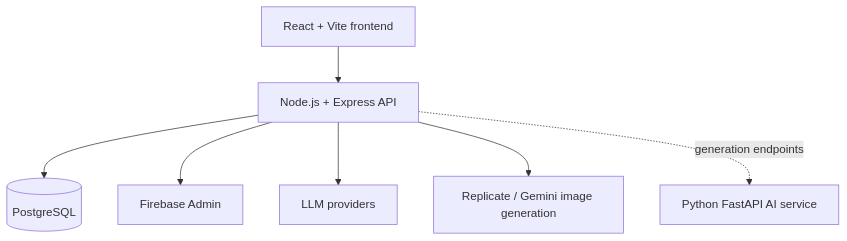
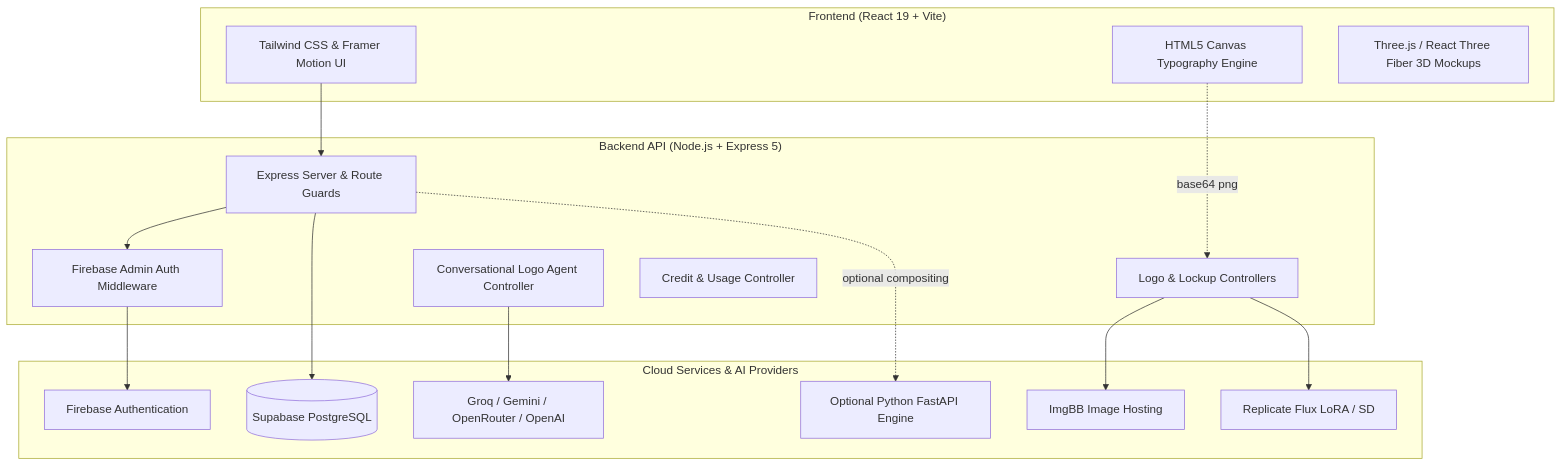
The diagram in README.md (tharushi1019/brandybot), drawn with Mermaid before and after one commit. The commit also changed other lines of this file, not shown here.

Commit message:
docs: finalize accurate project README with architecture, features, and setup instructions

````diff
--- a/README.md
+++ b/README.md
@@ -34,9 +55,34 @@
 ```mermaid
 flowchart TB
-	UI[React + Vite frontend] --> API[Node.js + Express API]
-	API --> DB[(PostgreSQL)]
-	API --> AUTH[Firebase Admin]
-	API --> LLM[LLM providers]
-	API --> IMG[Replicate / Gemini image generation]
-	API -. generation endpoints .-> PY[Python FastAPI AI service]
+    subgraph Client ["Frontend (React 19 + Vite)"]
+        UI[Tailwind CSS & Framer Motion UI]
+        Canvas[HTML5 Canvas Typography Engine]
+        ThreeJS[Three.js / React Three Fiber 3D Mockups]
+    end
+
+    subgraph API ["Backend API (Node.js + Express 5)"]
+        Server[Express Server & Route Guards]
+        AuthMW[Firebase Admin Auth Middleware]
+        LogoCtrl[Logo & Lockup Controllers]
+        AgentCtrl[Conversational Logo Agent Controller]
+        CreditCtrl[Credit & Usage Controller]
+    end
+
+    subgraph External ["Cloud Services & AI Providers"]
+        DB[(Supabase PostgreSQL)]
+        Firebase[Firebase Authentication]
+        ImgBB[ImgBB Image Hosting]
+        LLM[Groq / Gemini / OpenRouter / OpenAI]
+        ImageAI[Replicate Flux LoRA / SD]
+        PyService[Optional Python FastAPI Engine]
+    end
+
+    UI --> Server
+    Server --> AuthMW --> Firebase
+    Server --> DB
+    LogoCtrl --> ImgBB
+    LogoCtrl --> ImageAI
+    AgentCtrl --> LLM
+    Canvas -. base64 png .-> LogoCtrl
+    Server -. optional compositing .-> PyService
 ```
````
